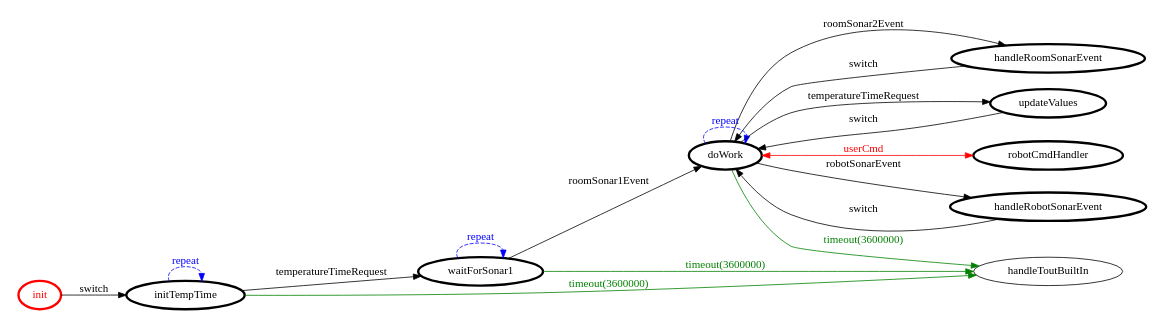
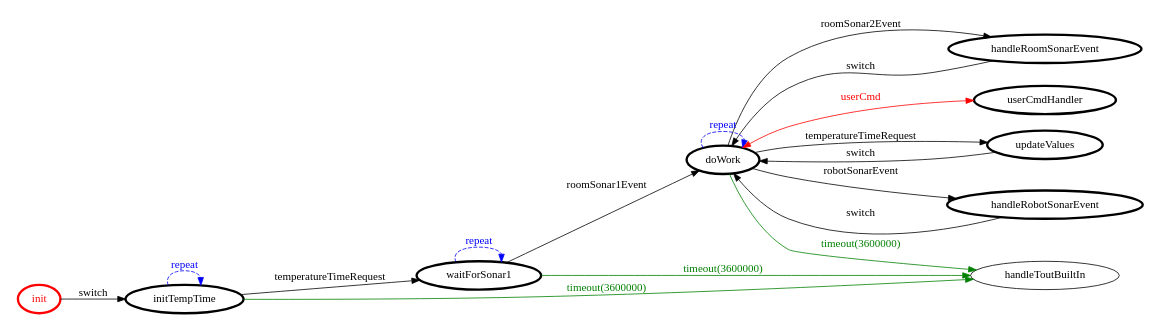
The diagram in it.unibo.problemAnalysis/srcMore/it/unibo/mind/mind.gv (FraGio/iss2018), drawn with Graphviz before and after one commit. The commit also changed 43 other files, not shown here.

```diff
--- a/it.unibo.problemAnalysis/srcMore/it/unibo/mind/mind.gv
+++ b/it.unibo.problemAnalysis/srcMore/it/unibo/mind/mind.gv
@@ -1,37 +1,37 @@
 /*
 *
 * A GraphViz DOT FSM description 
 * Please use a GraphViz visualizer (like http://www.webgraphviz.com)
 *  
 */
 
 digraph finite_state_machine {
 	rankdir=LR
 	size="8,5"
 	
 	init [ color = red ][ fontcolor = red ][ penwidth = 3 ]
 	handleRoomSonarEvent [ color = black ][ fontcolor = black ][ penwidth = 3 ]
 	doWork [ color = black ][ fontcolor = black ][ penwidth = 3 ]
+	userCmdHandler [ color = black ][ fontcolor = black ][ penwidth = 3 ]
 	initTempTime [ color = black ][ fontcolor = black ][ penwidth = 3 ]
 	updateValues [ color = black ][ fontcolor = black ][ penwidth = 3 ]
 	waitForSonar1 [ color = black ][ fontcolor = black ][ penwidth = 3 ]
-	robotCmdHandler [ color = black ][ fontcolor = black ][ penwidth = 3 ]
 	handleRobotSonarEvent [ color = black ][ fontcolor = black ][ penwidth = 3 ]
 	
 	initTempTime -> initTempTime [ label = "repeat "][ style = dashed ][ color = blue ][ fontcolor = blue ]
 	doWork -> handleToutBuiltIn [ label = "timeout(3600000)" ][ color = green ][ fontcolor = green ]
 	doWork -> handleRoomSonarEvent [ label = "roomSonar2Event" ][ color = black ][ fontcolor = black ]
 	updateValues -> doWork [ label = "switch" ][ color = black ][ fontcolor = black ]
 	handleRobotSonarEvent -> doWork [ label = "switch" ][ color = black ][ fontcolor = black ]
 	doWork -> handleRobotSonarEvent [ label = "robotSonarEvent" ][ color = black ][ fontcolor = black ]
 	initTempTime -> handleToutBuiltIn [ label = "timeout(3600000)" ][ color = green ][ fontcolor = green ]
 	initTempTime -> waitForSonar1 [ label = "temperatureTimeRequest" ][ color = black ][ fontcolor = black ]
 	doWork -> updateValues [ label = "temperatureTimeRequest" ][ color = black ][ fontcolor = black ]
+	doWork -> userCmdHandler [ label = "userCmd" ][ color = red ][ fontcolor = red ][ dir = both ]
 	handleRoomSonarEvent -> doWork [ label = "switch" ][ color = black ][ fontcolor = black ]
 	init -> initTempTime [ label = "switch" ][ color = black ][ fontcolor = black ]
 	waitForSonar1 -> handleToutBuiltIn [ label = "timeout(3600000)" ][ color = green ][ fontcolor = green ]
 	doWork -> doWork [ label = "repeat "][ style = dashed ][ color = blue ][ fontcolor = blue ]
 	waitForSonar1 -> waitForSonar1 [ label = "repeat "][ style = dashed ][ color = blue ][ fontcolor = blue ]
 	waitForSonar1 -> doWork [ label = "roomSonar1Event" ][ color = black ][ fontcolor = black ]
-	doWork -> robotCmdHandler [ label = "userCmd" ][ color = red ][ fontcolor = red ][ dir = both ]
 }
```
